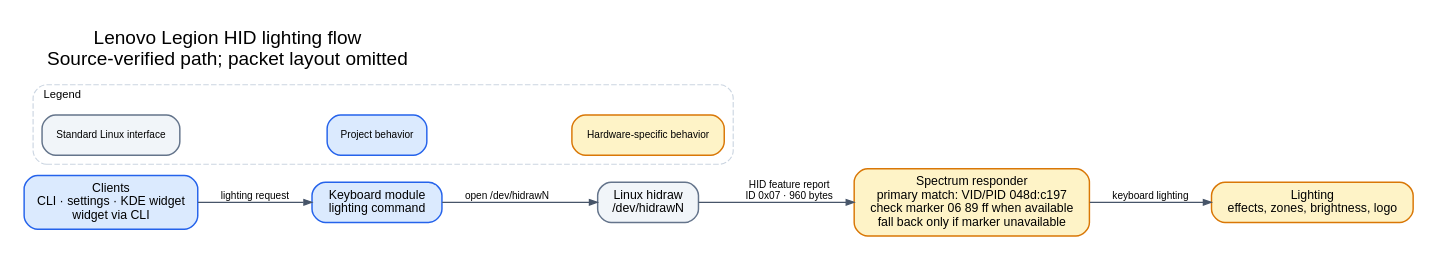
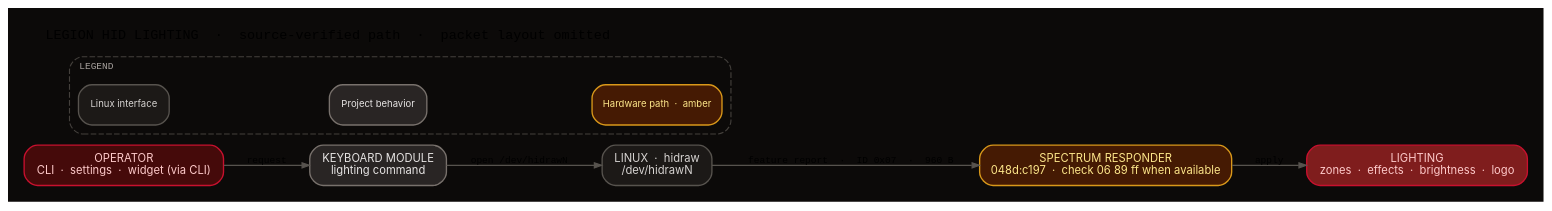
The diagram in docs/assets/hid-lighting-flow.dot (encomjp/Lenovo-Legion-Control), drawn with Graphviz before and after one commit. The commit also changed 17 other files, not shown here.

```diff
--- a/docs/assets/hid-lighting-flow.dot
+++ b/docs/assets/hid-lighting-flow.dot
@@ -1,95 +1,103 @@
 digraph hid_lighting_flow {
     graph [
-        label="Lenovo Legion HID lighting flow\nSource-verified path; packet layout omitted",
+        label="LEGION HID LIGHTING  ·  source-verified path  ·  packet layout omitted",
         labelloc=t,
         labeljust=l,
         rankdir=LR,
-        bgcolor="white",
-        fontname="sans-serif",
-        fontsize=17,
+        bgcolor="#0c0a09",
+        fontname="JetBrains Mono,ui-monospace,monospace",
+        fontsize=12,
         nodesep=0.25,
-        ranksep=0.5,
+        ranksep=0.55,
         pad=0.2
     ];
 
     node [
         shape=box,
         style="rounded,filled",
-        fontname="sans-serif",
-        fontsize=11,
+        fontname="Inter,ui-sans-serif,sans-serif",
+        fontsize=10,
         margin="0.14,0.09",
-        color="#334155",
-        penwidth=1.3
+        penwidth=1.2
     ];
 
     edge [
-        fontname="sans-serif",
-        fontsize=9,
-        color="#475569",
-        penwidth=1.1,
-        arrowsize=0.7
+        fontname="JetBrains Mono,ui-monospace,monospace",
+        fontsize=8.5,
+        color="#57534e",
+        penwidth=1.05,
+        arrowsize=0.66
     ];
 
     client [
-        label="Clients\nCLI · settings · KDE widget\nwidget via CLI",
-        fillcolor="#dbeafe",
-        color="#2563eb"
+        label="OPERATOR\nCLI  ·  settings  ·  widget (via CLI)",
+        fillcolor="#450a0a",
+        color="#c8102e",
+        fontcolor="#fecaca"
     ];
     command_path [
-        label="Keyboard module\nlighting command",
-        fillcolor="#dbeafe",
-        color="#2563eb"
+        label="KEYBOARD MODULE\nlighting command",
+        fillcolor="#292524",
+        color="#78716c",
+        fontcolor="#e7e5e4"
     ];
     hidraw [
-        label="Linux hidraw\n/dev/hidrawN",
-        fillcolor="#f1f5f9",
-        color="#64748b"
+        label="LINUX  ·  hidraw\n/dev/hidrawN",
+        fillcolor="#1c1917",
+        color="#57534e",
+        fontcolor="#d6d3d1"
     ];
     spectrum [
-        label="Spectrum responder\nprimary match: VID/PID 048d:c197\ncheck marker 06 89 ff when available\nfall back only if marker unavailable",
-        fillcolor="#fef3c7",
-        color="#d97706"
+        label="SPECTRUM RESPONDER\n048d:c197  ·  check 06 89 ff when available",
+        fillcolor="#451a03",
+        color="#d9981a",
+        fontcolor="#fde68a"
     ];
     lighting [
-        label="Lighting\neffects, zones, brightness, logo",
-        fillcolor="#fef3c7",
-        color="#d97706"
+        label="LIGHTING\nzones  ·  effects  ·  brightness  ·  logo",
+        fillcolor="#7f1d1d",
+        color="#c8102e",
+        fontcolor="#fecaca"
     ];
 
-    client -> command_path [label="lighting request"];
+    client -> command_path [label="request"];
     command_path -> hidraw [label="open /dev/hidrawN"];
-    hidraw -> spectrum [label="HID feature report\nID 0x07 · 960 bytes"];
-    spectrum -> lighting [label="keyboard lighting"];
+    hidraw -> spectrum [label="feature report  ·  ID 0x07  ·  960 B"];
+    spectrum -> lighting [label="apply"];
 
     subgraph cluster_legend {
-        label="Legend";
+        label="LEGEND";
         labelloc=t;
         labeljust=l;
-        fontname="sans-serif";
-        fontsize=10;
-        color="#cbd5e1";
+        fontname="JetBrains Mono,ui-monospace,monospace";
+        fontsize=8.5;
+        color="#44403c";
         style="rounded,dashed";
+        fontcolor="#a8a29e";
 
         legend_linux [
-            label="Standard Linux interface",
-            fillcolor="#f1f5f9",
-            color="#64748b",
-            fontsize=9
+            label="Linux interface",
+            fillcolor="#1c1917",
+            color="#57534e",
+            fontcolor="#d6d3d1",
+            fontsize=8.5
         ];
         legend_project [
             label="Project behavior",
-            fillcolor="#dbeafe",
-            color="#2563eb",
-            fontsize=9
+            fillcolor="#292524",
+            color="#78716c",
+            fontcolor="#e7e5e4",
+            fontsize=8.5
         ];
         legend_hardware [
-            label="Hardware-specific behavior",
-            fillcolor="#fef3c7",
-            color="#d97706",
-            fontsize=9
+            label="Hardware path  ·  amber",
+            fillcolor="#451a03",
+            color="#d9981a",
+            fontcolor="#fde68a",
+            fontsize=8.5
         ];
 
         legend_linux -> legend_project [style=invis];
         legend_project -> legend_hardware [style=invis];
     }
 }
```
